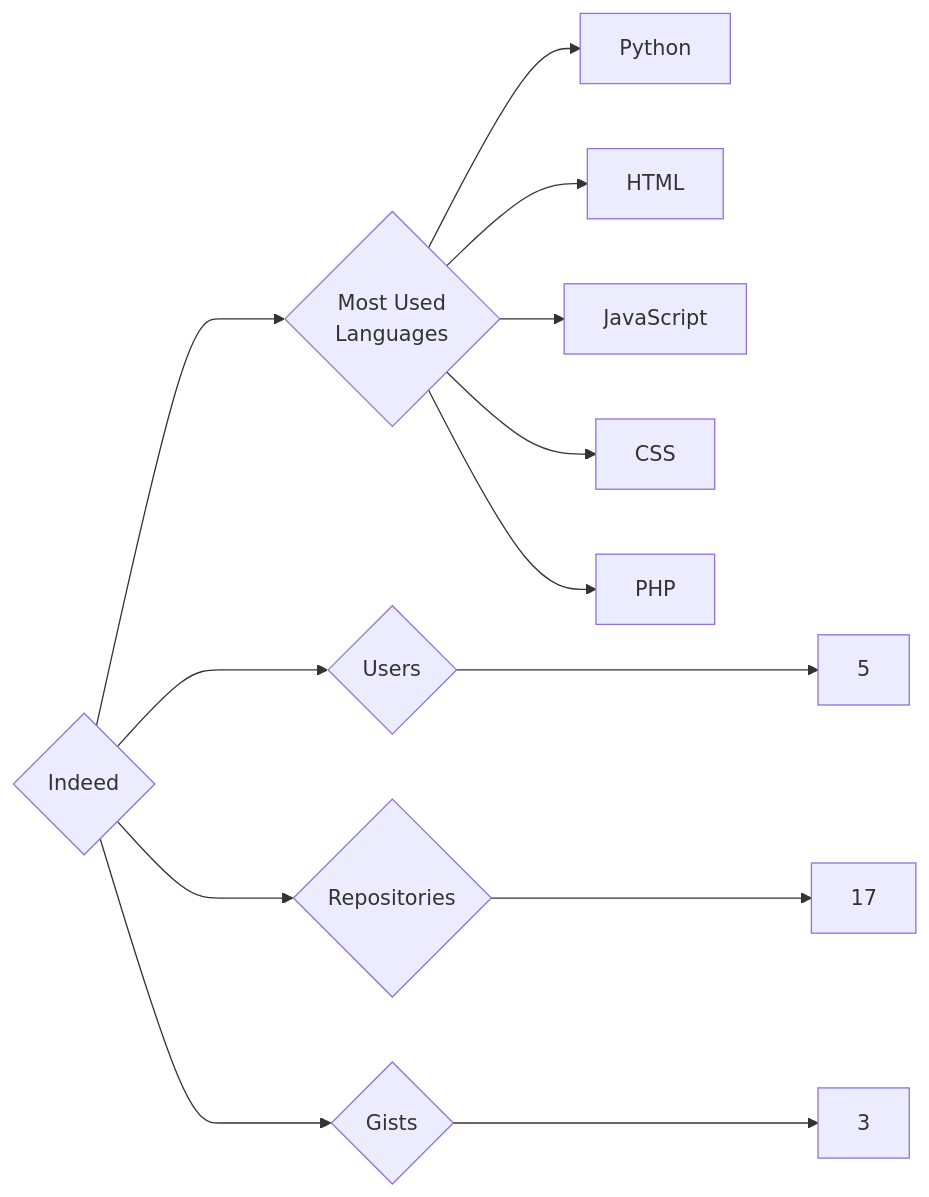
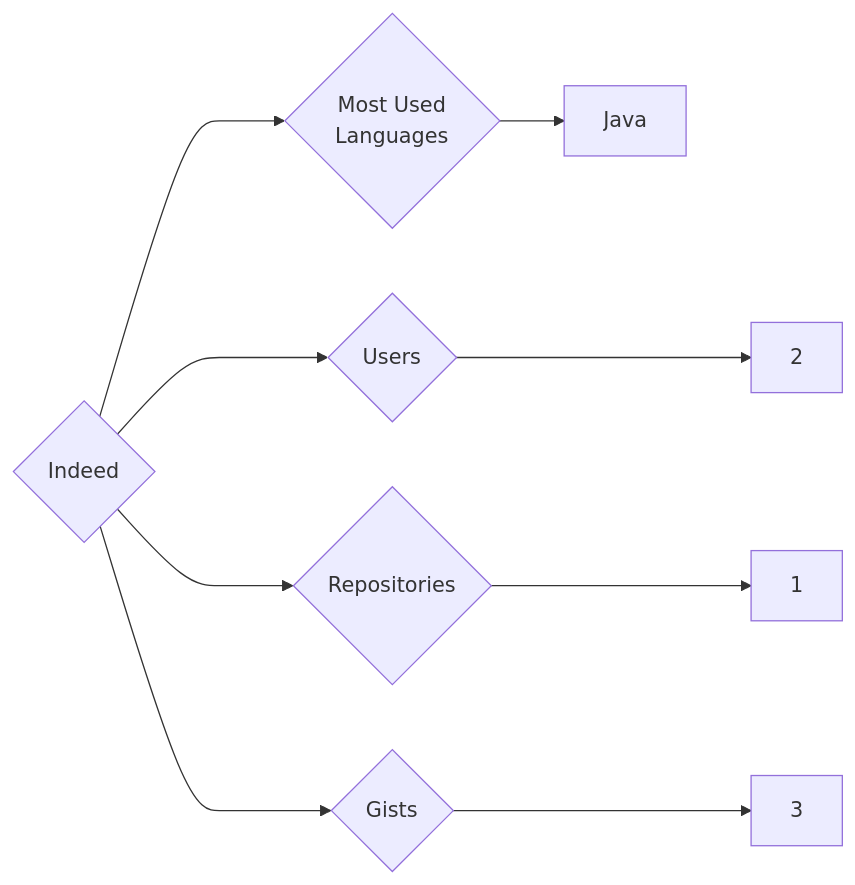
One commit to trickest/insiders changed the diagram in targets/Indeed/README.md. Above: the diagram before and after it, drawn with Mermaid. The commit also changed 618 other files, not shown here.

````diff
--- a/targets/Indeed/README.md
+++ b/targets/Indeed/README.md
@@ -3,13 +3,9 @@
 ```mermaid
 graph LR
 COMPANY_NAME{Indeed}
-COMPANY_NAME ---> U{Users} ---> UN[5]
-COMPANY_NAME ---> R{Repositories} ---> RN[17]
+COMPANY_NAME ---> U{Users} ---> UN[2]
+COMPANY_NAME ---> R{Repositories} ---> RN[1]
 COMPANY_NAME ---> G{Gists} ---> GN[3]
 COMPANY_NAME ---> ML{Most Used<br>Languages}
-ML --> Python[Python]
-ML --> HTML[HTML]
-ML --> JavaScript[JavaScript]
-ML --> CSS[CSS]
-ML --> PHP[PHP]
+ML --> Java[Java]
 ```
````
